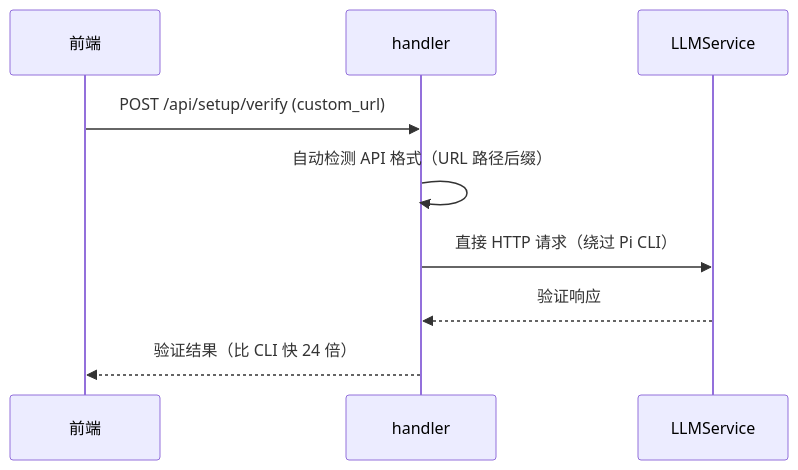
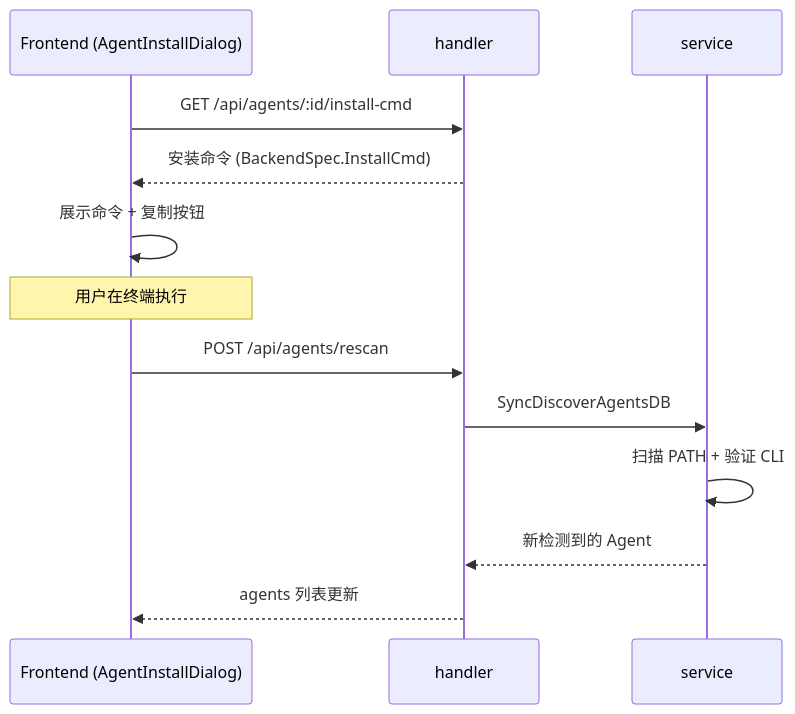
The second of 2 diagrams in docs/spec/features/setup-wizard.md (clawbench-dev/clawbench), drawn with Mermaid before and after one commit. The commit also changed other lines of this file and 15 other files, not shown here.

````diff
--- a/docs/spec/features/setup-wizard.md
+++ b/docs/spec/features/setup-wizard.md
@@ -37,12 +42,16 @@
 ```mermaid
 sequenceDiagram
-    participant 前端
-    participant handler
-    participant LLMService
+    participant F as Frontend (AgentInstallDialog)
+    participant H as handler
+    participant S as service
 
-    前端->>handler: POST /api/setup/verify (custom_url)
-    handler->>handler: 自动检测 API 格式（URL 路径后缀）
-    handler->>LLMService: 直接 HTTP 请求（绕过 Pi CLI）
-    LLMService-->>handler: 验证响应
-    handler-->>前端: 验证结果（比 CLI 快 24 倍）
+    F->>H: GET /api/agents/:id/install-cmd
+    H-->>F: 安装命令 (BackendSpec.InstallCmd)
+    F->>F: 展示命令 + 复制按钮
+    Note over F: 用户在终端执行
+    F->>H: POST /api/agents/rescan
+    H->>S: SyncDiscoverAgentsDB
+    S->>S: 扫描 PATH + 验证 CLI
+    S-->>H: 新检测到的 Agent
+    H-->>F: agents 列表更新
 ```
````
